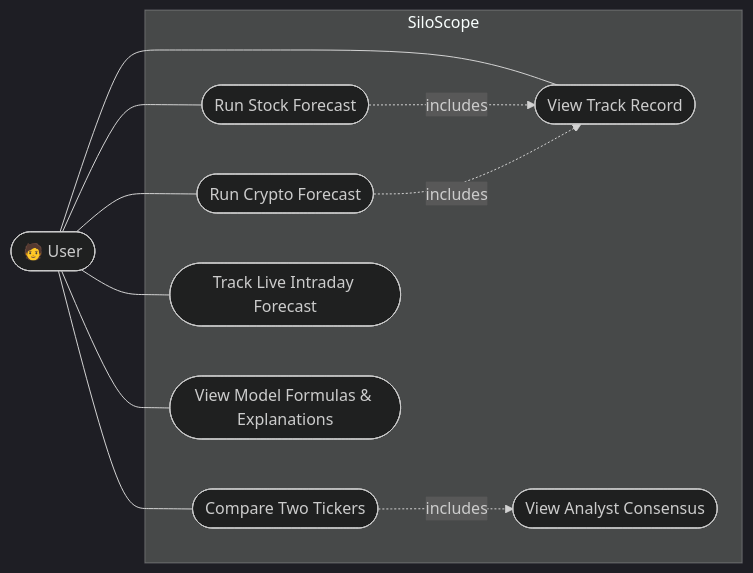
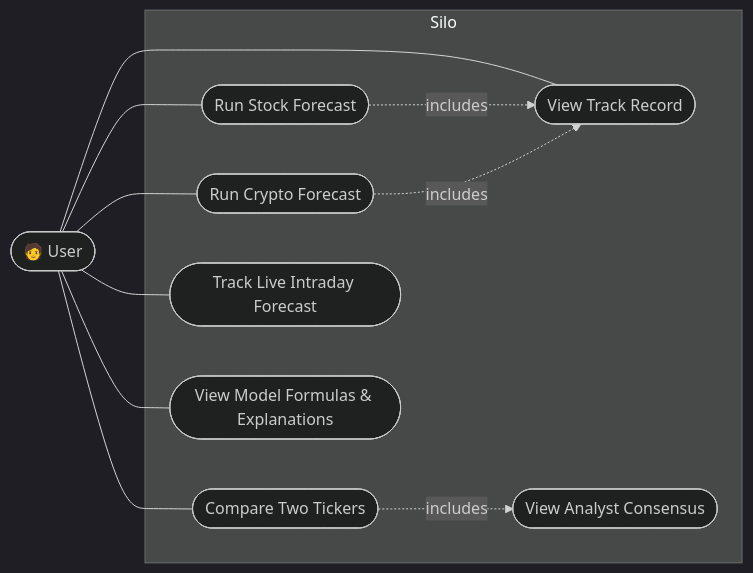
Before and after one commit to OmarNahhass/silo: the diagram in docs/use-case-diagram.md, drawn with Mermaid (dark theme). The commit also changed 8 other files, not shown here.

First line of the commit message:
Rename SiloScope to Silo throughout the project

````diff
--- a/docs/use-case-diagram.md
+++ b/docs/use-case-diagram.md
@@ -3,25 +3,25 @@
 ```mermaid
 flowchart LR
     User(["🧑 User"])
 
-    subgraph System["SiloScope"]
+    subgraph System["Silo"]
         UC1(["Run Stock Forecast"])
         UC2(["Run Crypto Forecast"])
         UC3(["Compare Two Tickers"])
         UC4(["Track Live Intraday Forecast"])
         UC5(["View Model Formulas & Explanations"])
         UC6(["View Track Record"])
         UC7(["View Analyst Consensus"])
     end
 
     User --- UC1
     User --- UC2
     User --- UC3
     User --- UC4
     User --- UC5
     User --- UC6
 
     UC3 -.->|includes| UC7
     UC1 -.->|includes| UC6
     UC2 -.->|includes| UC6
 ```
````
